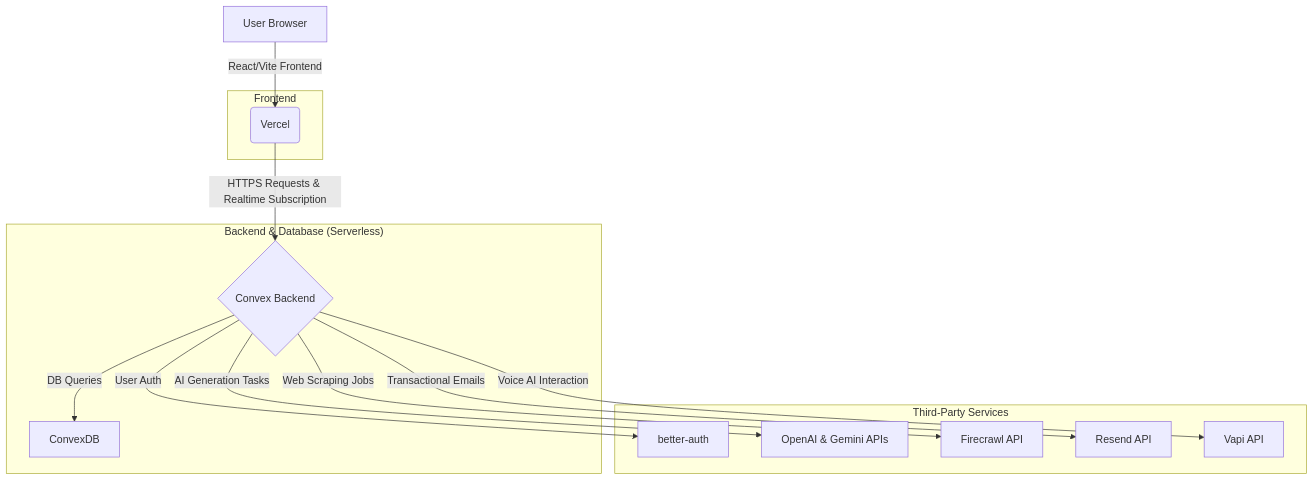
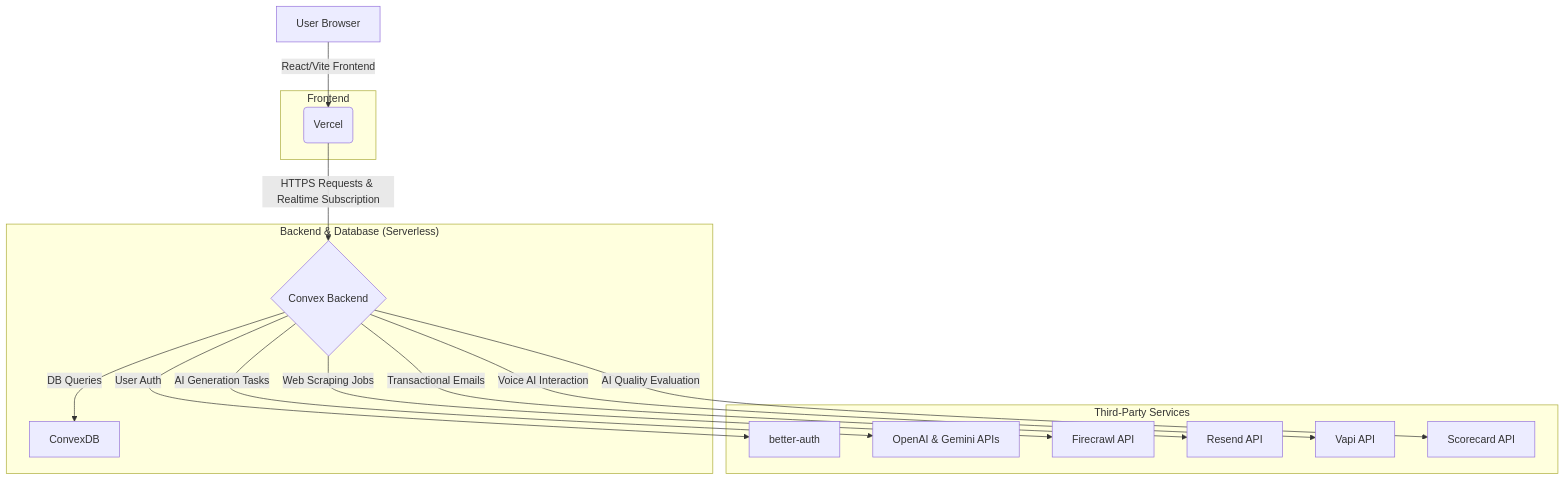
Before and after one commit to zaikaman/VentureSmith: the diagram in README.md, drawn with Mermaid. The commit also changed other lines of this file and 1 other file, not shown here.

Commit message:
Scorecard

````diff
--- a/README.md
+++ b/README.md
@@ -96,28 +104,30 @@
 ```mermaid
 graph TD
     A[User Browser] -->|React/Vite Frontend| B(Vercel);
     B -->|HTTPS Requests & Realtime Subscription| C{Convex Backend};
     C -->|DB Queries| D[ConvexDB];
     C -->|User Auth| I[better-auth];
     C -->|AI Generation Tasks| E[OpenAI & Gemini APIs];
     C -->|Web Scraping Jobs| F[Firecrawl API];
     C -->|Transactional Emails| G[Resend API];
     C -->|Voice AI Interaction| H[Vapi API];
+    C -->|AI Quality Evaluation| J[Scorecard API];
 
     subgraph "Frontend"
         B
     end
 
     subgraph "Backend & Database (Serverless)"
         C
         D
     end
 
     subgraph "Third-Party Services"
         E
         F
         G
         H
         I
+        J
     end
 ```
````
